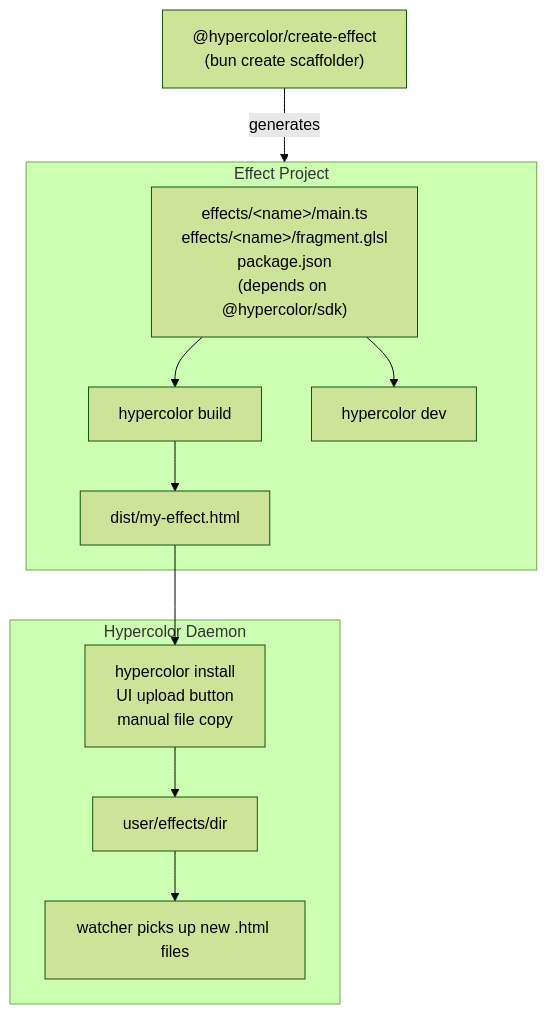
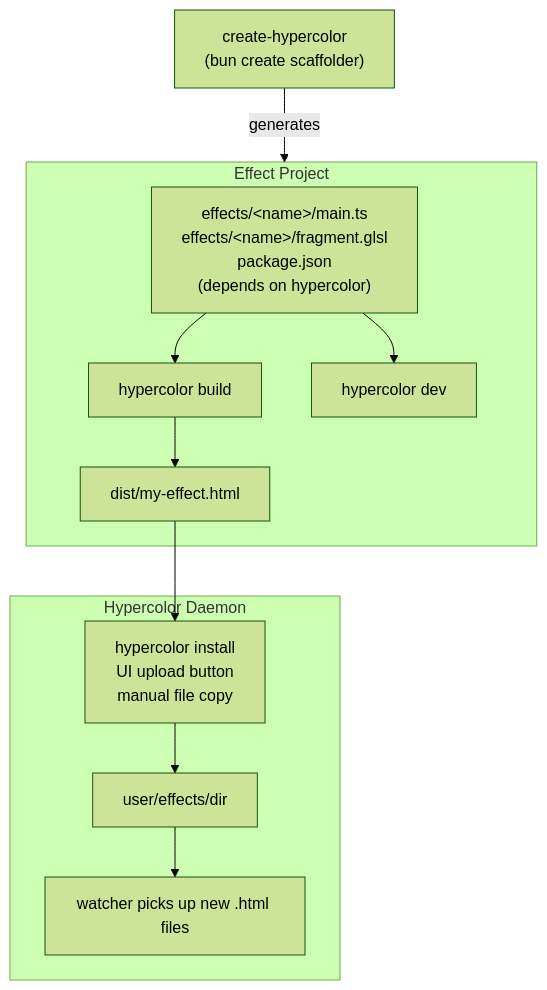
Before and after one commit to hyperb1iss/hypercolor: the diagram in docs/specs/31-effect-developer-experience.md, drawn with Mermaid (forest theme). The commit also changed other lines of this file and 107 other files, not shown here.

First line of the commit message:
refactor(sdk): rename npm packages to hypercolor and create-hypercolor

````diff
--- a/docs/specs/31-effect-developer-experience.md
+++ b/docs/specs/31-effect-developer-experience.md
@@ -101,26 +101,26 @@
 ```mermaid
 graph TD
-    Scaffold["@hypercolor/create-effect<br/>(bun create scaffolder)"]
+    Scaffold["create-hypercolor<br/>(bun create scaffolder)"]
 
     subgraph Project["Effect Project"]
-        Sources["effects/&lt;name&gt;/main.ts<br/>effects/&lt;name&gt;/fragment.glsl<br/>package.json<br/>(depends on @hypercolor/sdk)"]
+        Sources["effects/&lt;name&gt;/main.ts<br/>effects/&lt;name&gt;/fragment.glsl<br/>package.json<br/>(depends on hypercolor)"]
         Build["hypercolor build"]
         Dev["hypercolor dev"]
         Dist["dist/my-effect.html"]
 
         Sources --> Build --> Dist
         Sources --> Dev
     end
 
     subgraph Daemon["Hypercolor Daemon"]
         Install["hypercolor install<br/>UI upload button<br/>manual file copy"]
         UserDir["user/effects/dir"]
         Watcher["watcher picks up new .html files"]
 
         Install --> UserDir
         UserDir --> Watcher
     end
 
     Scaffold -->|generates| Project
     Dist --> Install
 ```
````
